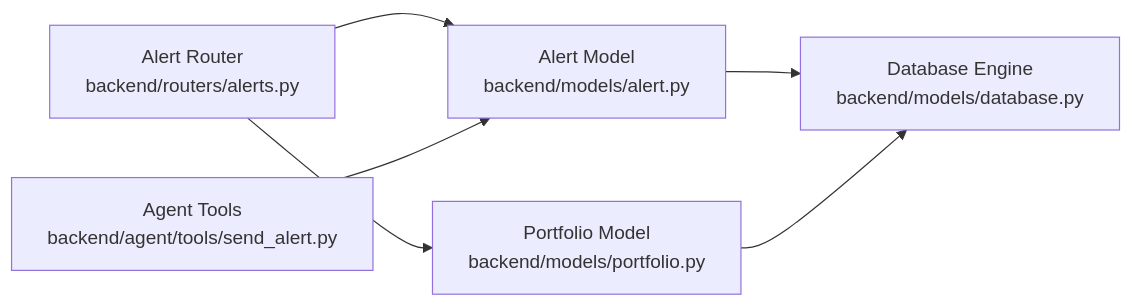
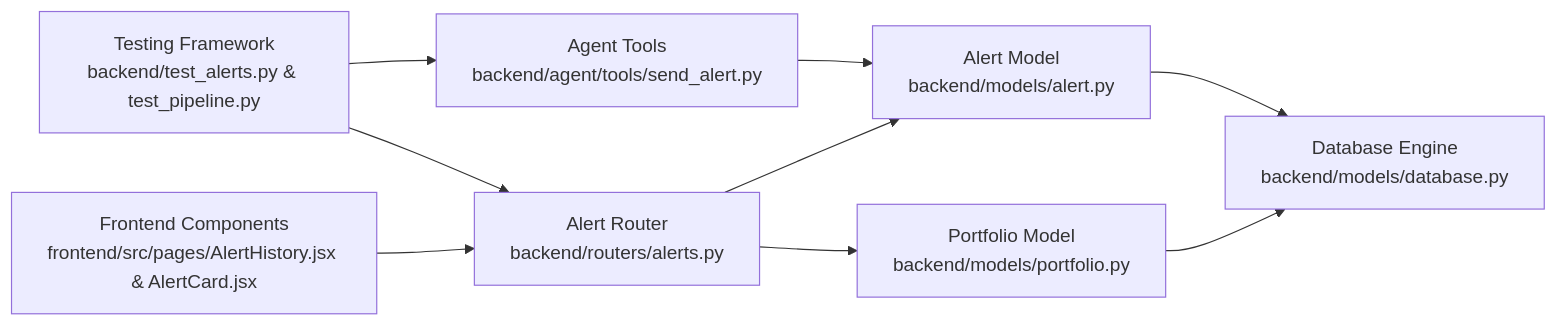
Before and after one commit to ishwarambare/ishwarambare-app: the fourth of 4 diagrams in .qoder/repowiki/en/content/API Documentation/Alert Management API.md, drawn with Mermaid. The commit also changed other lines of this file and 4 other files, not shown here.

First line of the commit message:
test(alerts): add comprehensive testing framework for alert delivery and pipeline

````diff
--- a/.qoder/repowiki/en/content/API Documentation/Alert Management API.md
+++ b/.qoder/repowiki/en/content/API Documentation/Alert Management API.md
@@ -270,8 +346,11 @@
 ```mermaid
 graph LR
 AlertsRouter["Alert Router<br/>backend/routers/alerts.py"] --> AlertModel["Alert Model<br/>backend/models/alert.py"]
 AlertsRouter --> PortfolioModel["Portfolio Model<br/>backend/models/portfolio.py"]
 AlertModel --> DBEngine["Database Engine<br/>backend/models/database.py"]
 PortfolioModel --> DBEngine
 AgentTools["Agent Tools<br/>backend/agent/tools/send_alert.py"] --> AlertModel
+TestingFramework["Testing Framework<br/>backend/test_alerts.py & test_pipeline.py"] --> AgentTools
+TestingFramework --> AlertsRouter
+Frontend["Frontend Components<br/>frontend/src/pages/AlertHistory.jsx & AlertCard.jsx"] --> AlertsRouter
 ```
````
